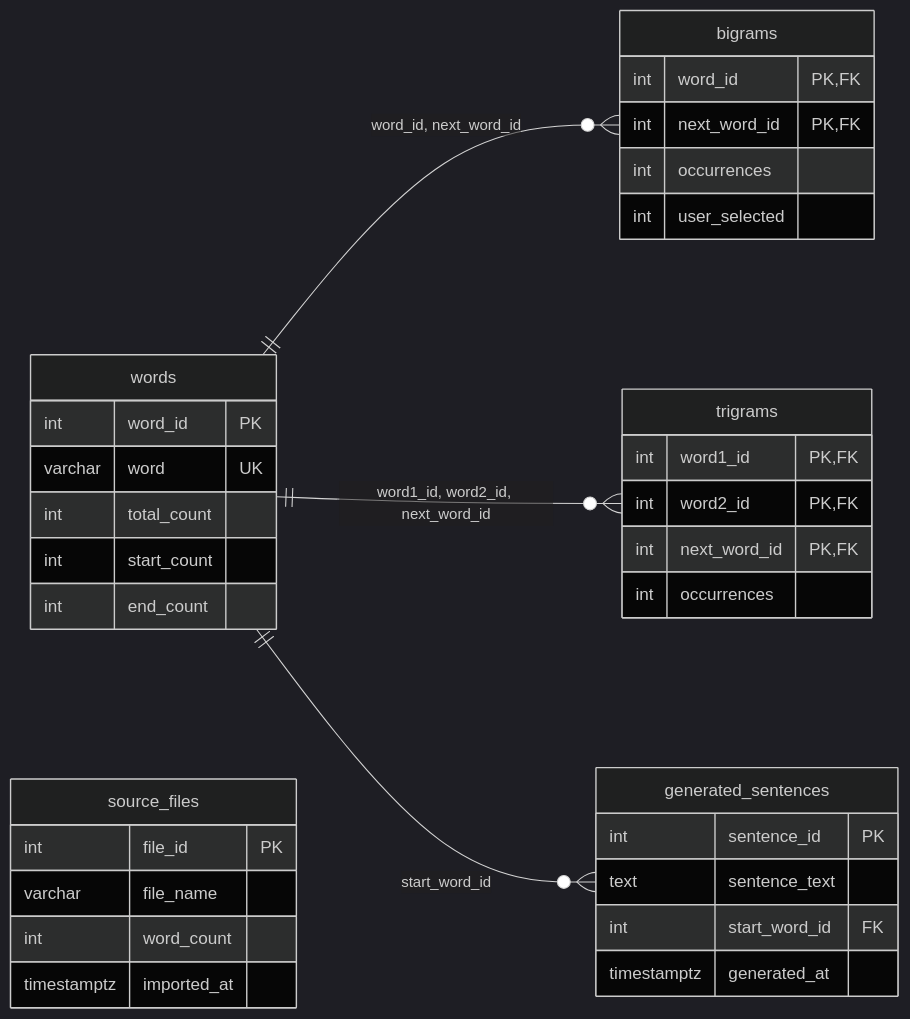
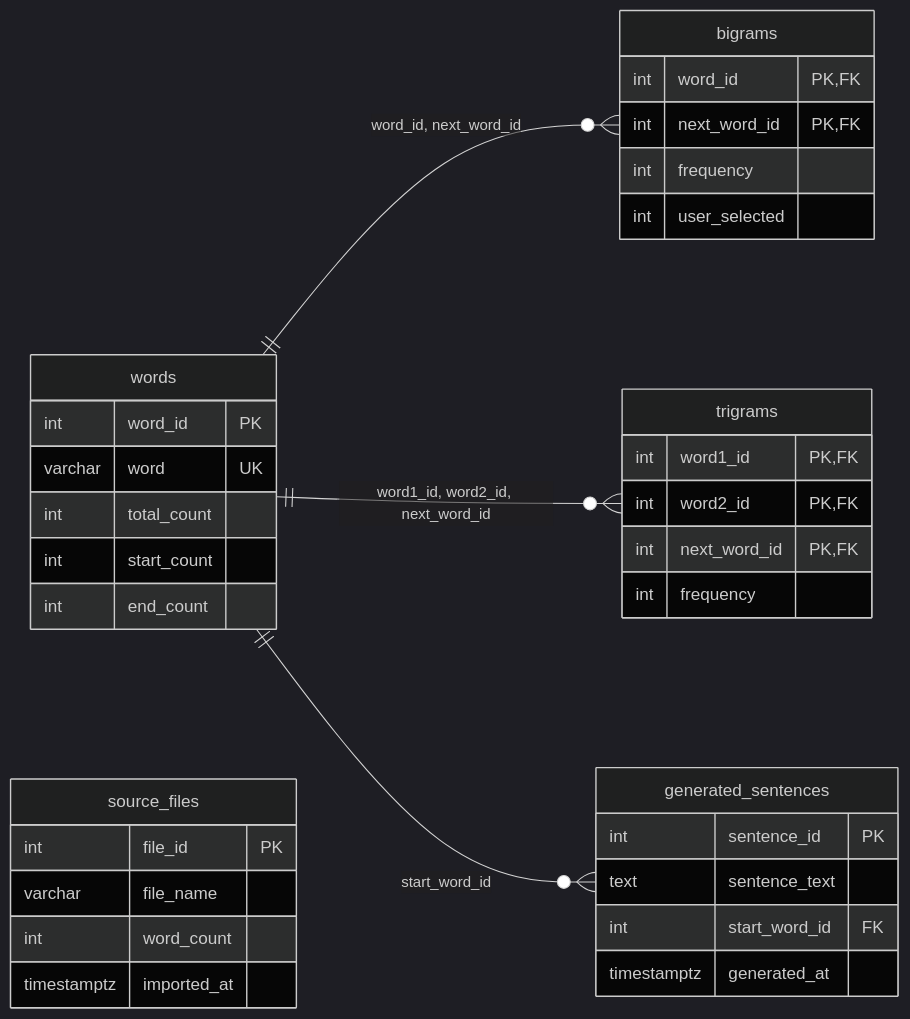
The diagram in database/diagram.md (sebas11070405/CS-Capstone-Project), drawn with Mermaid (dark theme) before and after one commit. The commit also changed 14 other files, not shown here.

Commit message:
Changed occurrences to frequency

````diff
--- a/database/diagram.md
+++ b/database/diagram.md
@@ -1,44 +1,44 @@
 ```mermaid
 erDiagram
     direction LR
 
     words {
         int word_id PK
         varchar word UK
         int total_count
         int start_count
         int end_count
     }
 
     bigrams {
         int word_id PK, FK
         int next_word_id PK, FK
-        int occurrences
+        int frequency
         int user_selected
     }
 
     trigrams {
         int word1_id PK, FK
         int word2_id PK, FK
         int next_word_id PK, FK
-        int occurrences
+        int frequency
     }
 
     generated_sentences {
         int sentence_id PK
         text sentence_text
         int start_word_id FK
         timestamptz generated_at
     }
 
     source_files {
         int file_id PK
         varchar file_name
         int word_count
         timestamptz imported_at
     }
 
     words ||--o{ bigrams : "word_id, next_word_id"
     words ||--o{ trigrams : "word1_id, word2_id, next_word_id"
     words ||--o{ generated_sentences : "start_word_id"
 ```
````
